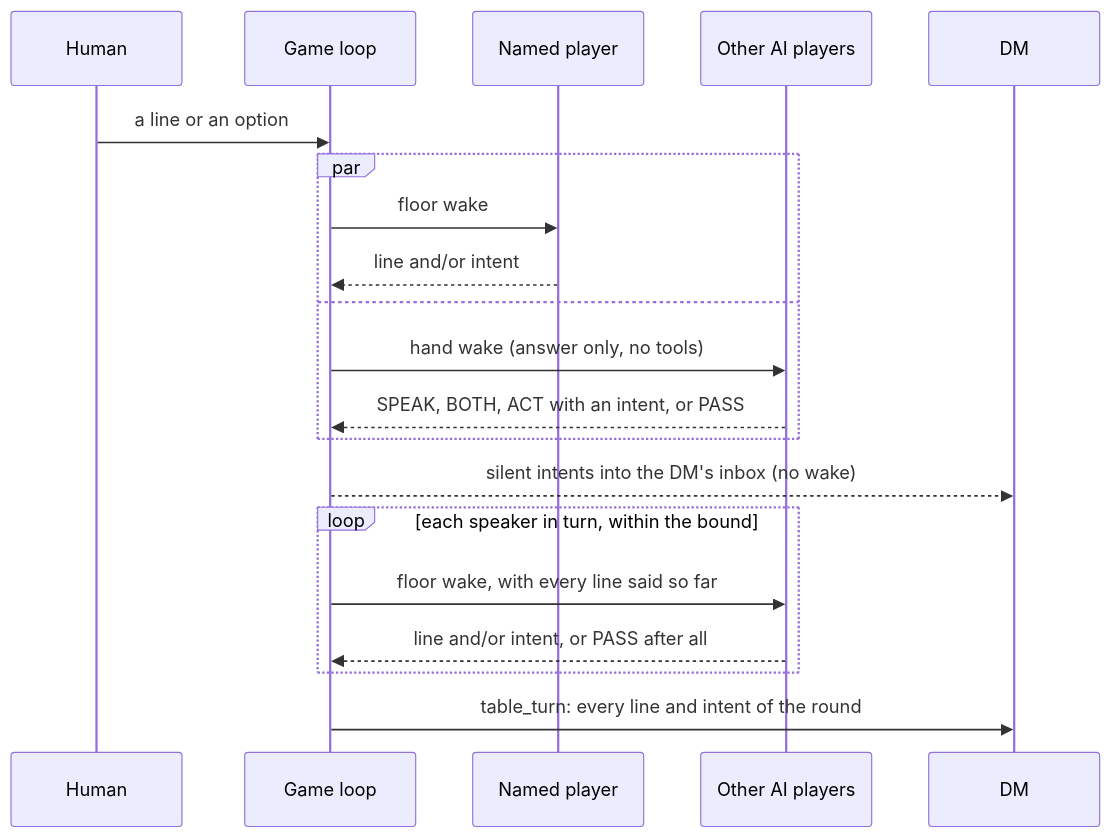
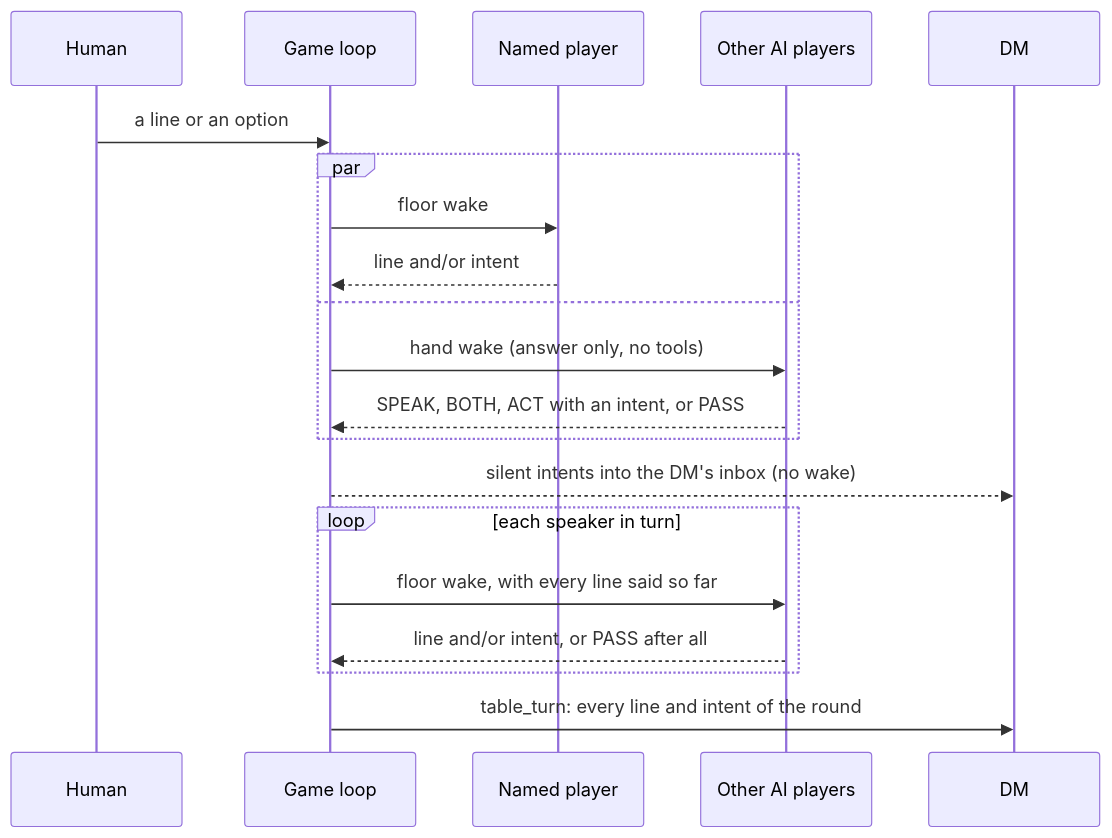
The diagram in docs/design/party-talk.md (StGerman/nat20-table), drawn with Mermaid before and after one commit. The commit also changed other lines of this file and 7 other files, not shown here.

````diff
--- a/docs/design/party-talk.md
+++ b/docs/design/party-talk.md
@@ -80,22 +80,22 @@
 ```mermaid
 sequenceDiagram
     participant H as Human
     participant L as Game loop
     participant N as Named player
     participant P as Other AI players
     participant DM
     H->>L: a line or an option
     par
         L->>N: floor wake
         N-->>L: line and/or intent
     and
         L->>P: hand wake (answer only, no tools)
         P-->>L: SPEAK, BOTH, ACT with an intent, or PASS
     end
     L-->>DM: silent intents into the DM's inbox (no wake)
-    loop each speaker in turn, within the bound
+    loop each speaker in turn
         L->>P: floor wake, with every line said so far
         P-->>L: line and/or intent, or PASS after all
     end
     L->>DM: table_turn: every line and intent of the round
 ```
````
